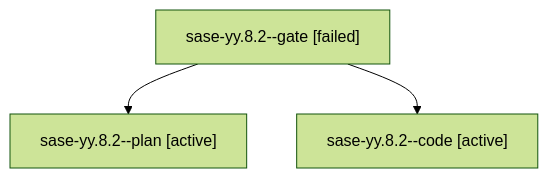
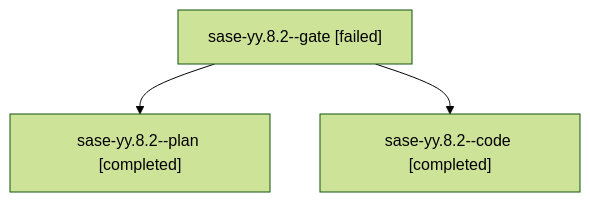
The diagram in families/bbugyi200.athena.sase-yy.8.2.md (sase-org/sase--agents), drawn with Mermaid (forest theme) before and after one commit. The commit also changed other lines of this file and 92 other files, not shown here.

````diff
--- a/families/bbugyi200.athena.sase-yy.8.2.md
+++ b/families/bbugyi200.athena.sase-yy.8.2.md
@@ -9,8 +9,8 @@
 ```mermaid
 flowchart TD
   n0["sase-yy.8.2--gate [failed]"]
-  n1["sase-yy.8.2--plan [active]"]
+  n1["sase-yy.8.2--plan [completed]"]
   n0 --> n1
-  n2["sase-yy.8.2--code [active]"]
+  n2["sase-yy.8.2--code [completed]"]
   n0 --> n2
 ```
````
